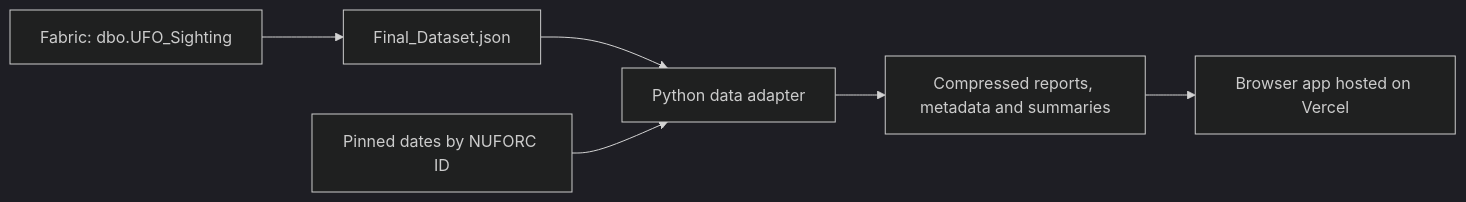
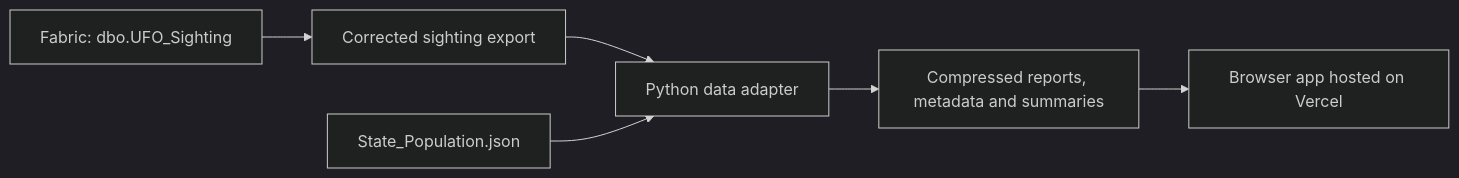
One commit to maximvanhaute/ufo-observatory changed the diagram in README.md. Above: the diagram before and after it, drawn with Mermaid (dark theme). The commit also changed other lines of this file and 36 other files, not shown here.

Commit message:
Add interactive population comparisons and corrected sighting data

````diff
--- a/README.md
+++ b/README.md
@@ -61,8 +70,8 @@
 ```mermaid
 flowchart LR
-  Fabric["Fabric: dbo.UFO_Sighting"] --> Export["Final_Dataset.json"]
+  Fabric["Fabric: dbo.UFO_Sighting"] --> Export["Corrected sighting export"]
   Export --> Adapter["Python data adapter"]
-  Reference["Pinned dates by NUFORC ID"] --> Adapter
+  Population["State_Population.json"] --> Adapter
   Adapter --> Snapshot["Compressed reports, metadata and summaries"]
   Snapshot --> App["Browser app hosted on Vercel"]
 ```
````
